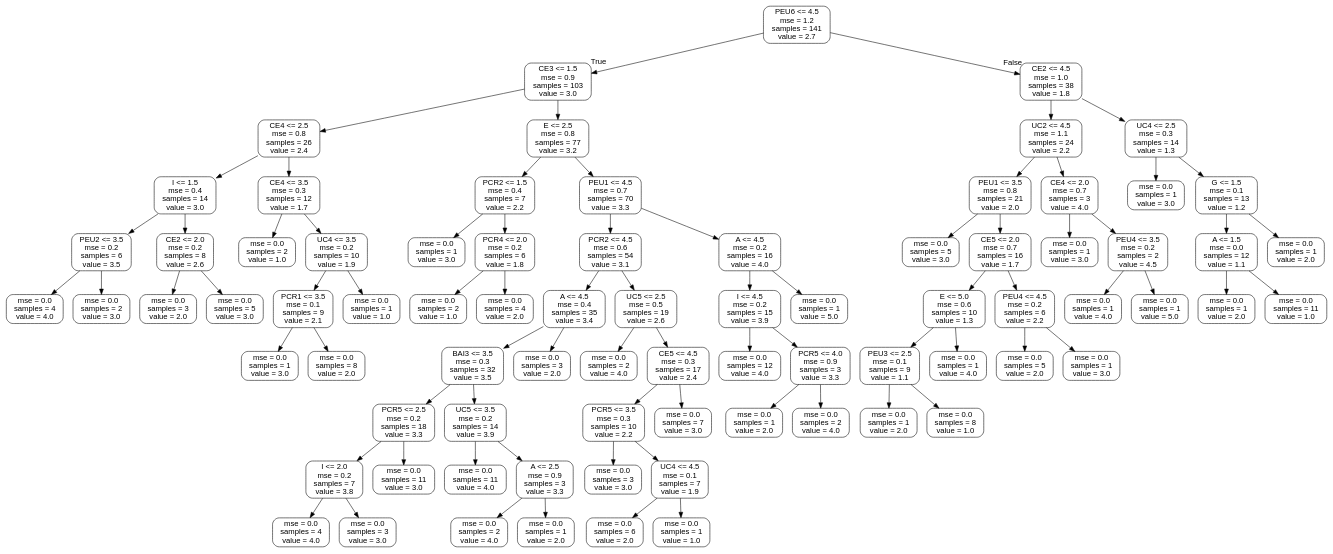
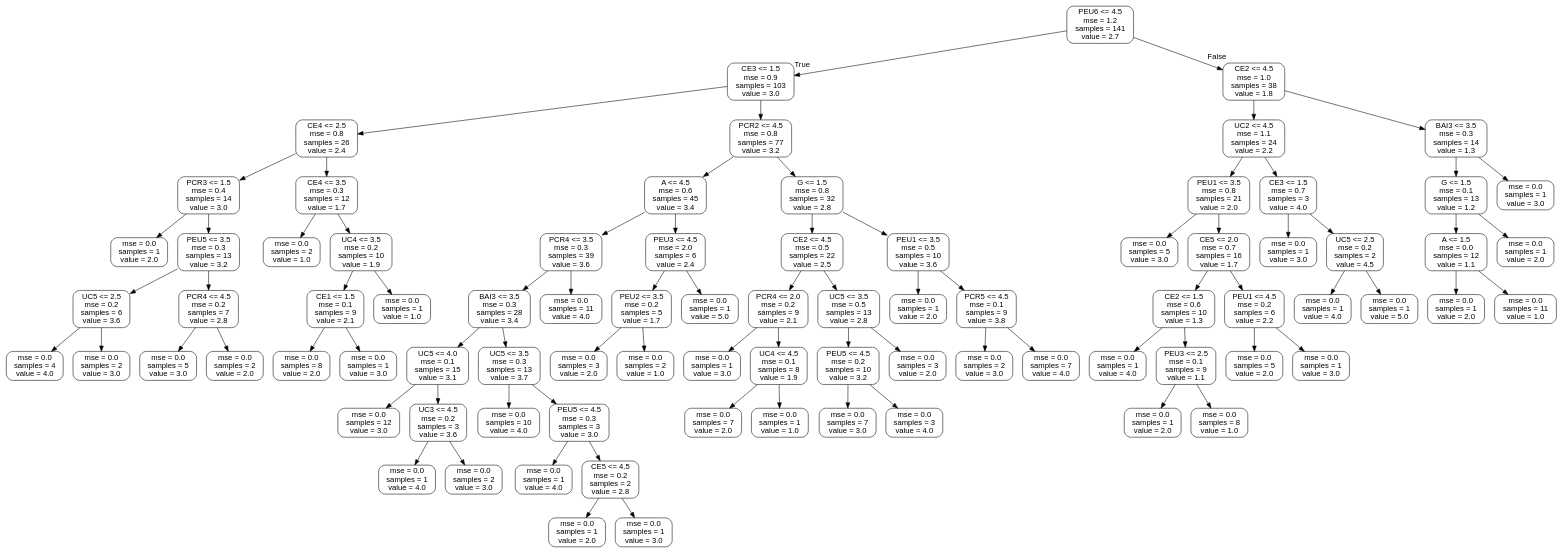
Before and after one commit to Mr-Has/Final-project-GLO-7050: the diagram in tree.dot, drawn with Graphviz. The commit also changed 8 other files, not shown here.

```diff
--- a/tree.dot
+++ b/tree.dot
@@ -1,161 +1,169 @@
 digraph Tree {
 node [shape=box, style="rounded", color="black", fontname=helvetica] ;
 edge [fontname=helvetica] ;
 0 [label="PEU6 <= 4.5\nmse = 1.2\nsamples = 141\nvalue = 2.7"] ;
 1 [label="CE3 <= 1.5\nmse = 0.9\nsamples = 103\nvalue = 3.0"] ;
 0 -> 1 [labeldistance=2.5, labelangle=45, headlabel="True"] ;
 2 [label="CE4 <= 2.5\nmse = 0.8\nsamples = 26\nvalue = 2.4"] ;
 1 -> 2 ;
-3 [label="I <= 1.5\nmse = 0.4\nsamples = 14\nvalue = 3.0"] ;
+3 [label="PCR3 <= 1.5\nmse = 0.4\nsamples = 14\nvalue = 3.0"] ;
 2 -> 3 ;
-4 [label="PEU2 <= 3.5\nmse = 0.2\nsamples = 6\nvalue = 3.5"] ;
+4 [label="mse = 0.0\nsamples = 1\nvalue = 2.0"] ;
 3 -> 4 ;
-5 [label="mse = 0.0\nsamples = 4\nvalue = 4.0"] ;
-4 -> 5 ;
-6 [label="mse = 0.0\nsamples = 2\nvalue = 3.0"] ;
-4 -> 6 ;
-7 [label="CE2 <= 2.0\nmse = 0.2\nsamples = 8\nvalue = 2.6"] ;
-3 -> 7 ;
-8 [label="mse = 0.0\nsamples = 3\nvalue = 2.0"] ;
-7 -> 8 ;
-9 [label="mse = 0.0\nsamples = 5\nvalue = 3.0"] ;
-7 -> 9 ;
-10 [label="CE4 <= 3.5\nmse = 0.3\nsamples = 12\nvalue = 1.7"] ;
-2 -> 10 ;
-11 [label="mse = 0.0\nsamples = 2\nvalue = 1.0"] ;
-10 -> 11 ;
-12 [label="UC4 <= 3.5\nmse = 0.2\nsamples = 10\nvalue = 1.9"] ;
-10 -> 12 ;
-13 [label="PCR1 <= 3.5\nmse = 0.1\nsamples = 9\nvalue = 2.1"] ;
+5 [label="PEU5 <= 3.5\nmse = 0.3\nsamples = 13\nvalue = 3.2"] ;
+3 -> 5 ;
+6 [label="UC5 <= 2.5\nmse = 0.2\nsamples = 6\nvalue = 3.6"] ;
+5 -> 6 ;
+7 [label="mse = 0.0\nsamples = 4\nvalue = 4.0"] ;
+6 -> 7 ;
+8 [label="mse = 0.0\nsamples = 2\nvalue = 3.0"] ;
+6 -> 8 ;
+9 [label="PCR4 <= 4.5\nmse = 0.2\nsamples = 7\nvalue = 2.8"] ;
+5 -> 9 ;
+10 [label="mse = 0.0\nsamples = 5\nvalue = 3.0"] ;
+9 -> 10 ;
+11 [label="mse = 0.0\nsamples = 2\nvalue = 2.0"] ;
+9 -> 11 ;
+12 [label="CE4 <= 3.5\nmse = 0.3\nsamples = 12\nvalue = 1.7"] ;
+2 -> 12 ;
+13 [label="mse = 0.0\nsamples = 2\nvalue = 1.0"] ;
 12 -> 13 ;
-14 [label="mse = 0.0\nsamples = 1\nvalue = 3.0"] ;
-13 -> 14 ;
-15 [label="mse = 0.0\nsamples = 8\nvalue = 2.0"] ;
-13 -> 15 ;
-16 [label="mse = 0.0\nsamples = 1\nvalue = 1.0"] ;
-12 -> 16 ;
-17 [label="E <= 2.5\nmse = 0.8\nsamples = 77\nvalue = 3.2"] ;
-1 -> 17 ;
-18 [label="PCR2 <= 1.5\nmse = 0.4\nsamples = 7\nvalue = 2.2"] ;
-17 -> 18 ;
-19 [label="mse = 0.0\nsamples = 1\nvalue = 3.0"] ;
-18 -> 19 ;
-20 [label="PCR4 <= 2.0\nmse = 0.2\nsamples = 6\nvalue = 1.8"] ;
-18 -> 20 ;
-21 [label="mse = 0.0\nsamples = 2\nvalue = 1.0"] ;
+14 [label="UC4 <= 3.5\nmse = 0.2\nsamples = 10\nvalue = 1.9"] ;
+12 -> 14 ;
+15 [label="CE1 <= 1.5\nmse = 0.1\nsamples = 9\nvalue = 2.1"] ;
+14 -> 15 ;
+16 [label="mse = 0.0\nsamples = 8\nvalue = 2.0"] ;
+15 -> 16 ;
+17 [label="mse = 0.0\nsamples = 1\nvalue = 3.0"] ;
+15 -> 17 ;
+18 [label="mse = 0.0\nsamples = 1\nvalue = 1.0"] ;
+14 -> 18 ;
+19 [label="PCR2 <= 4.5\nmse = 0.8\nsamples = 77\nvalue = 3.2"] ;
+1 -> 19 ;
+20 [label="A <= 4.5\nmse = 0.6\nsamples = 45\nvalue = 3.4"] ;
+19 -> 20 ;
+21 [label="PCR4 <= 3.5\nmse = 0.3\nsamples = 39\nvalue = 3.6"] ;
 20 -> 21 ;
-22 [label="mse = 0.0\nsamples = 4\nvalue = 2.0"] ;
-20 -> 22 ;
-23 [label="PEU1 <= 4.5\nmse = 0.7\nsamples = 70\nvalue = 3.3"] ;
-17 -> 23 ;
-24 [label="PCR2 <= 4.5\nmse = 0.6\nsamples = 54\nvalue = 3.1"] ;
+22 [label="BAI3 <= 3.5\nmse = 0.3\nsamples = 28\nvalue = 3.4"] ;
+21 -> 22 ;
+23 [label="UC5 <= 4.0\nmse = 0.1\nsamples = 15\nvalue = 3.1"] ;
+22 -> 23 ;
+24 [label="mse = 0.0\nsamples = 12\nvalue = 3.0"] ;
 23 -> 24 ;
-25 [label="A <= 4.5\nmse = 0.4\nsamples = 35\nvalue = 3.4"] ;
-24 -> 25 ;
-26 [label="BAI3 <= 3.5\nmse = 0.3\nsamples = 32\nvalue = 3.5"] ;
+25 [label="UC3 <= 4.5\nmse = 0.2\nsamples = 3\nvalue = 3.6"] ;
+23 -> 25 ;
+26 [label="mse = 0.0\nsamples = 1\nvalue = 4.0"] ;
 25 -> 26 ;
-27 [label="PCR5 <= 2.5\nmse = 0.2\nsamples = 18\nvalue = 3.3"] ;
-26 -> 27 ;
-28 [label="I <= 2.0\nmse = 0.2\nsamples = 7\nvalue = 3.8"] ;
-27 -> 28 ;
-29 [label="mse = 0.0\nsamples = 4\nvalue = 4.0"] ;
+27 [label="mse = 0.0\nsamples = 2\nvalue = 3.0"] ;
+25 -> 27 ;
+28 [label="UC5 <= 3.5\nmse = 0.3\nsamples = 13\nvalue = 3.7"] ;
+22 -> 28 ;
+29 [label="mse = 0.0\nsamples = 10\nvalue = 4.0"] ;
 28 -> 29 ;
-30 [label="mse = 0.0\nsamples = 3\nvalue = 3.0"] ;
+30 [label="PEU5 <= 4.5\nmse = 0.3\nsamples = 3\nvalue = 3.0"] ;
 28 -> 30 ;
-31 [label="mse = 0.0\nsamples = 11\nvalue = 3.0"] ;
-27 -> 31 ;
-32 [label="UC5 <= 3.5\nmse = 0.2\nsamples = 14\nvalue = 3.9"] ;
-26 -> 32 ;
-33 [label="mse = 0.0\nsamples = 11\nvalue = 4.0"] ;
+31 [label="mse = 0.0\nsamples = 1\nvalue = 4.0"] ;
+30 -> 31 ;
+32 [label="CE5 <= 4.5\nmse = 0.2\nsamples = 2\nvalue = 2.8"] ;
+30 -> 32 ;
+33 [label="mse = 0.0\nsamples = 1\nvalue = 2.0"] ;
 32 -> 33 ;
-34 [label="A <= 2.5\nmse = 0.9\nsamples = 3\nvalue = 3.3"] ;
+34 [label="mse = 0.0\nsamples = 1\nvalue = 3.0"] ;
 32 -> 34 ;
-35 [label="mse = 0.0\nsamples = 2\nvalue = 4.0"] ;
-34 -> 35 ;
-36 [label="mse = 0.0\nsamples = 1\nvalue = 2.0"] ;
-34 -> 36 ;
-37 [label="mse = 0.0\nsamples = 3\nvalue = 2.0"] ;
-25 -> 37 ;
-38 [label="UC5 <= 2.5\nmse = 0.5\nsamples = 19\nvalue = 2.6"] ;
-24 -> 38 ;
-39 [label="mse = 0.0\nsamples = 2\nvalue = 4.0"] ;
-38 -> 39 ;
-40 [label="CE5 <= 4.5\nmse = 0.3\nsamples = 17\nvalue = 2.4"] ;
-38 -> 40 ;
-41 [label="PCR5 <= 3.5\nmse = 0.3\nsamples = 10\nvalue = 2.2"] ;
-40 -> 41 ;
-42 [label="mse = 0.0\nsamples = 3\nvalue = 3.0"] ;
+35 [label="mse = 0.0\nsamples = 11\nvalue = 4.0"] ;
+21 -> 35 ;
+36 [label="PEU3 <= 4.5\nmse = 2.0\nsamples = 6\nvalue = 2.4"] ;
+20 -> 36 ;
+37 [label="PEU2 <= 3.5\nmse = 0.2\nsamples = 5\nvalue = 1.7"] ;
+36 -> 37 ;
+38 [label="mse = 0.0\nsamples = 3\nvalue = 2.0"] ;
+37 -> 38 ;
+39 [label="mse = 0.0\nsamples = 2\nvalue = 1.0"] ;
+37 -> 39 ;
+40 [label="mse = 0.0\nsamples = 1\nvalue = 5.0"] ;
+36 -> 40 ;
+41 [label="G <= 1.5\nmse = 0.8\nsamples = 32\nvalue = 2.8"] ;
+19 -> 41 ;
+42 [label="CE2 <= 4.5\nmse = 0.5\nsamples = 22\nvalue = 2.5"] ;
 41 -> 42 ;
-43 [label="UC4 <= 4.5\nmse = 0.1\nsamples = 7\nvalue = 1.9"] ;
-41 -> 43 ;
-44 [label="mse = 0.0\nsamples = 6\nvalue = 2.0"] ;
+43 [label="PCR4 <= 2.0\nmse = 0.2\nsamples = 9\nvalue = 2.1"] ;
+42 -> 43 ;
+44 [label="mse = 0.0\nsamples = 1\nvalue = 3.0"] ;
 43 -> 44 ;
-45 [label="mse = 0.0\nsamples = 1\nvalue = 1.0"] ;
+45 [label="UC4 <= 4.5\nmse = 0.1\nsamples = 8\nvalue = 1.9"] ;
 43 -> 45 ;
-46 [label="mse = 0.0\nsamples = 7\nvalue = 3.0"] ;
-40 -> 46 ;
-47 [label="A <= 4.5\nmse = 0.2\nsamples = 16\nvalue = 4.0"] ;
-23 -> 47 ;
-48 [label="I <= 4.5\nmse = 0.2\nsamples = 15\nvalue = 3.9"] ;
-47 -> 48 ;
-49 [label="mse = 0.0\nsamples = 12\nvalue = 4.0"] ;
+46 [label="mse = 0.0\nsamples = 7\nvalue = 2.0"] ;
+45 -> 46 ;
+47 [label="mse = 0.0\nsamples = 1\nvalue = 1.0"] ;
+45 -> 47 ;
+48 [label="UC5 <= 3.5\nmse = 0.5\nsamples = 13\nvalue = 2.8"] ;
+42 -> 48 ;
+49 [label="PEU5 <= 4.5\nmse = 0.2\nsamples = 10\nvalue = 3.2"] ;
 48 -> 49 ;
-50 [label="PCR5 <= 4.0\nmse = 0.9\nsamples = 3\nvalue = 3.3"] ;
-48 -> 50 ;
-51 [label="mse = 0.0\nsamples = 1\nvalue = 2.0"] ;
-50 -> 51 ;
-52 [label="mse = 0.0\nsamples = 2\nvalue = 4.0"] ;
-50 -> 52 ;
-53 [label="mse = 0.0\nsamples = 1\nvalue = 5.0"] ;
-47 -> 53 ;
-54 [label="CE2 <= 4.5\nmse = 1.0\nsamples = 38\nvalue = 1.8"] ;
-0 -> 54 [labeldistance=2.5, labelangle=-45, headlabel="False"] ;
-55 [label="UC2 <= 4.5\nmse = 1.1\nsamples = 24\nvalue = 2.2"] ;
-54 -> 55 ;
-56 [label="PEU1 <= 3.5\nmse = 0.8\nsamples = 21\nvalue = 2.0"] ;
+50 [label="mse = 0.0\nsamples = 7\nvalue = 3.0"] ;
+49 -> 50 ;
+51 [label="mse = 0.0\nsamples = 3\nvalue = 4.0"] ;
+49 -> 51 ;
+52 [label="mse = 0.0\nsamples = 3\nvalue = 2.0"] ;
+48 -> 52 ;
+53 [label="PEU1 <= 3.5\nmse = 0.5\nsamples = 10\nvalue = 3.6"] ;
+41 -> 53 ;
+54 [label="mse = 0.0\nsamples = 1\nvalue = 2.0"] ;
+53 -> 54 ;
+55 [label="PCR5 <= 4.5\nmse = 0.1\nsamples = 9\nvalue = 3.8"] ;
+53 -> 55 ;
+56 [label="mse = 0.0\nsamples = 2\nvalue = 3.0"] ;
 55 -> 56 ;
-57 [label="mse = 0.0\nsamples = 5\nvalue = 3.0"] ;
-56 -> 57 ;
-58 [label="CE5 <= 2.0\nmse = 0.7\nsamples = 16\nvalue = 1.7"] ;
-56 -> 58 ;
-59 [label="E <= 5.0\nmse = 0.6\nsamples = 10\nvalue = 1.3"] ;
+57 [label="mse = 0.0\nsamples = 7\nvalue = 4.0"] ;
+55 -> 57 ;
+58 [label="CE2 <= 4.5\nmse = 1.0\nsamples = 38\nvalue = 1.8"] ;
+0 -> 58 [labeldistance=2.5, labelangle=-45, headlabel="False"] ;
+59 [label="UC2 <= 4.5\nmse = 1.1\nsamples = 24\nvalue = 2.2"] ;
 58 -> 59 ;
-60 [label="PEU3 <= 2.5\nmse = 0.1\nsamples = 9\nvalue = 1.1"] ;
+60 [label="PEU1 <= 3.5\nmse = 0.8\nsamples = 21\nvalue = 2.0"] ;
 59 -> 60 ;
-61 [label="mse = 0.0\nsamples = 1\nvalue = 2.0"] ;
+61 [label="mse = 0.0\nsamples = 5\nvalue = 3.0"] ;
 60 -> 61 ;
-62 [label="mse = 0.0\nsamples = 8\nvalue = 1.0"] ;
+62 [label="CE5 <= 2.0\nmse = 0.7\nsamples = 16\nvalue = 1.7"] ;
 60 -> 62 ;
-63 [label="mse = 0.0\nsamples = 1\nvalue = 4.0"] ;
-59 -> 63 ;
-64 [label="PEU4 <= 4.5\nmse = 0.2\nsamples = 6\nvalue = 2.2"] ;
-58 -> 64 ;
-65 [label="mse = 0.0\nsamples = 5\nvalue = 2.0"] ;
-64 -> 65 ;
-66 [label="mse = 0.0\nsamples = 1\nvalue = 3.0"] ;
-64 -> 66 ;
-67 [label="CE4 <= 2.0\nmse = 0.7\nsamples = 3\nvalue = 4.0"] ;
-55 -> 67 ;
-68 [label="mse = 0.0\nsamples = 1\nvalue = 3.0"] ;
-67 -> 68 ;
-69 [label="PEU4 <= 3.5\nmse = 0.2\nsamples = 2\nvalue = 4.5"] ;
-67 -> 69 ;
-70 [label="mse = 0.0\nsamples = 1\nvalue = 4.0"] ;
-69 -> 70 ;
-71 [label="mse = 0.0\nsamples = 1\nvalue = 5.0"] ;
-69 -> 71 ;
-72 [label="UC4 <= 2.5\nmse = 0.3\nsamples = 14\nvalue = 1.3"] ;
-54 -> 72 ;
-73 [label="mse = 0.0\nsamples = 1\nvalue = 3.0"] ;
-72 -> 73 ;
-74 [label="G <= 1.5\nmse = 0.1\nsamples = 13\nvalue = 1.2"] ;
-72 -> 74 ;
-75 [label="A <= 1.5\nmse = 0.0\nsamples = 12\nvalue = 1.1"] ;
-74 -> 75 ;
-76 [label="mse = 0.0\nsamples = 1\nvalue = 2.0"] ;
-75 -> 76 ;
-77 [label="mse = 0.0\nsamples = 11\nvalue = 1.0"] ;
-75 -> 77 ;
-78 [label="mse = 0.0\nsamples = 1\nvalue = 2.0"] ;
-74 -> 78 ;
+63 [label="CE2 <= 1.5\nmse = 0.6\nsamples = 10\nvalue = 1.3"] ;
+62 -> 63 ;
+64 [label="mse = 0.0\nsamples = 1\nvalue = 4.0"] ;
+63 -> 64 ;
+65 [label="PEU3 <= 2.5\nmse = 0.1\nsamples = 9\nvalue = 1.1"] ;
+63 -> 65 ;
+66 [label="mse = 0.0\nsamples = 1\nvalue = 2.0"] ;
+65 -> 66 ;
+67 [label="mse = 0.0\nsamples = 8\nvalue = 1.0"] ;
+65 -> 67 ;
+68 [label="PEU1 <= 4.5\nmse = 0.2\nsamples = 6\nvalue = 2.2"] ;
+62 -> 68 ;
+69 [label="mse = 0.0\nsamples = 5\nvalue = 2.0"] ;
+68 -> 69 ;
+70 [label="mse = 0.0\nsamples = 1\nvalue = 3.0"] ;
+68 -> 70 ;
+71 [label="CE3 <= 1.5\nmse = 0.7\nsamples = 3\nvalue = 4.0"] ;
+59 -> 71 ;
+72 [label="mse = 0.0\nsamples = 1\nvalue = 3.0"] ;
+71 -> 72 ;
+73 [label="UC5 <= 2.5\nmse = 0.2\nsamples = 2\nvalue = 4.5"] ;
+71 -> 73 ;
+74 [label="mse = 0.0\nsamples = 1\nvalue = 4.0"] ;
+73 -> 74 ;
+75 [label="mse = 0.0\nsamples = 1\nvalue = 5.0"] ;
+73 -> 75 ;
+76 [label="BAI3 <= 3.5\nmse = 0.3\nsamples = 14\nvalue = 1.3"] ;
+58 -> 76 ;
+77 [label="G <= 1.5\nmse = 0.1\nsamples = 13\nvalue = 1.2"] ;
+76 -> 77 ;
+78 [label="A <= 1.5\nmse = 0.0\nsamples = 12\nvalue = 1.1"] ;
+77 -> 78 ;
+79 [label="mse = 0.0\nsamples = 1\nvalue = 2.0"] ;
+78 -> 79 ;
+80 [label="mse = 0.0\nsamples = 11\nvalue = 1.0"] ;
+78 -> 80 ;
+81 [label="mse = 0.0\nsamples = 1\nvalue = 2.0"] ;
+77 -> 81 ;
+82 [label="mse = 0.0\nsamples = 1\nvalue = 3.0"] ;
+76 -> 82 ;
 }
```
